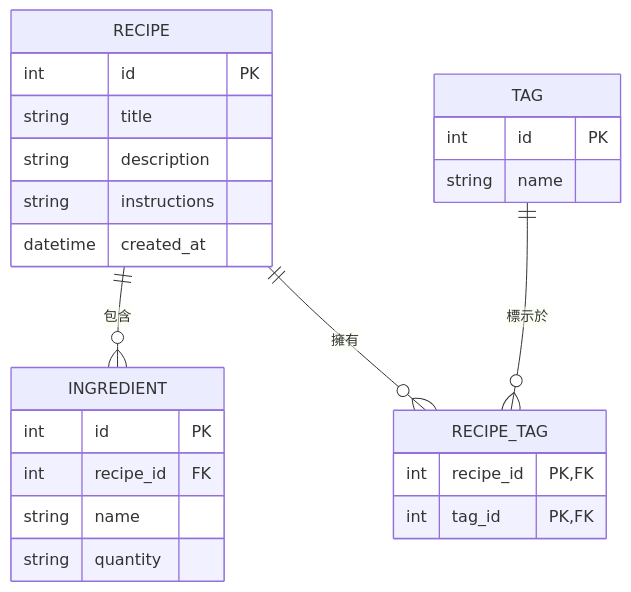
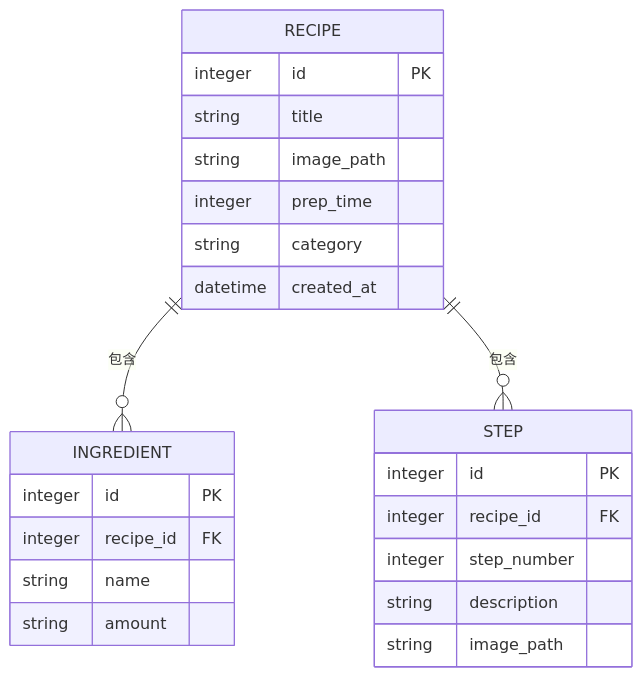
Before and after one commit to en6714144-ship-it/web_app_development: the diagram in docs/DB_DESIGN.md, drawn with Mermaid. The commit also changed other lines of this file and 2 other files, not shown here.

Commit message:
feat: add database schema and models

````diff
--- a/docs/DB_DESIGN.md
+++ b/docs/DB_DESIGN.md
@@ -11,28 +7,29 @@
 ```mermaid
 erDiagram
-  RECIPE {
-    int id PK
-    string title
-    string description
-    string instructions
-    datetime created_at
-  }
-  INGREDIENT {
-    int id PK
-    int recipe_id FK
-    string name
-    string quantity
-  }
-  TAG {
-    int id PK
-    string name
-  }
-  RECIPE_TAG {
-    int recipe_id PK, FK
-    int tag_id PK, FK
-  }
+    RECIPE ||--o{ INGREDIENT : "包含"
+    RECIPE ||--o{ STEP : "包含"
 
-  RECIPE ||--o{ INGREDIENT : "包含"
-  RECIPE ||--o{ RECIPE_TAG : "擁有"
-  TAG ||--o{ RECIPE_TAG : "標示於"
+    RECIPE {
+        integer id PK
+        string title
+        string image_path
+        integer prep_time
+        string category
+        datetime created_at
+    }
+
+    INGREDIENT {
+        integer id PK
+        integer recipe_id FK
+        string name
+        string amount
+    }
+
+    STEP {
+        integer id PK
+        integer recipe_id FK
+        integer step_number
+        string description
+        string image_path
+    }
 ```
````
